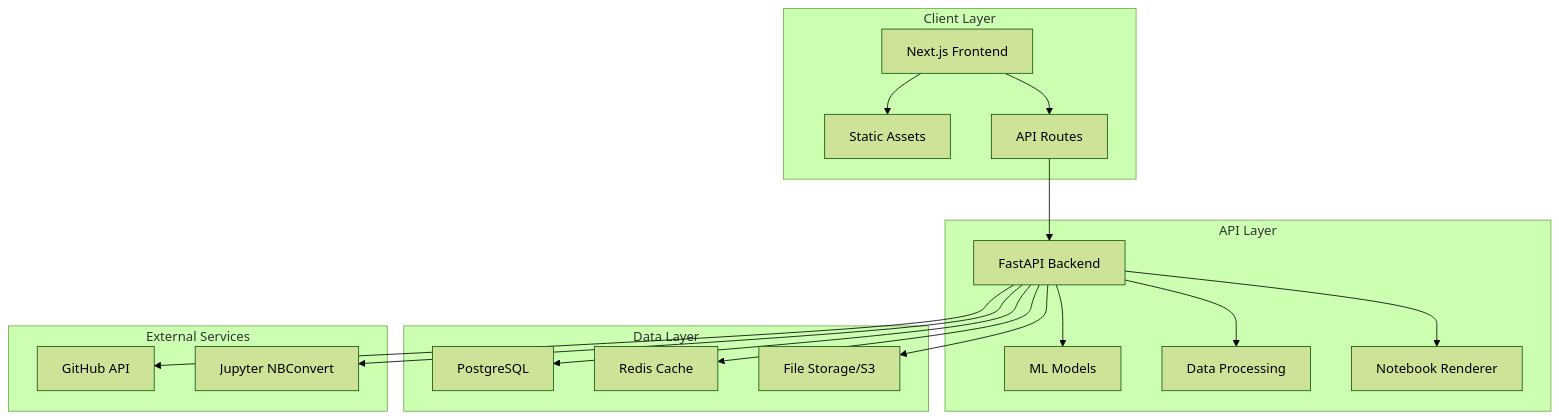
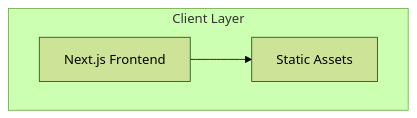
The diagram in portfolio-design-guide.md (BillDFrank/portfolio), drawn with Mermaid (forest theme) before and after one commit. The commit also changed other lines of this file and 34 other files, not shown here.

````diff
--- a/portfolio-design-guide.md
+++ b/portfolio-design-guide.md
@@ -25,25 +19,6 @@
 ```mermaid
-graph TB
+graph TD
     subgraph "Client Layer"
         A[Next.js Frontend] --> B[Static Assets]
-        A --> C[API Routes]
-    end
-
-    subgraph "API Layer"
-        C --> D[FastAPI Backend]
-        D --> E[ML Models]
-        D --> F[Data Processing]
-        D --> G[Notebook Renderer]
-    end
-
-    subgraph "Data Layer"
-        D --> H[PostgreSQL]
-        D --> I[Redis Cache]
-        D --> J[File Storage/S3]
-    end
-
-    subgraph "External Services"
-        D --> K[GitHub API]
-        D --> L[Jupyter NBConvert]
     end
 ```
````
